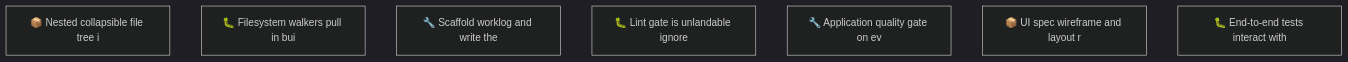
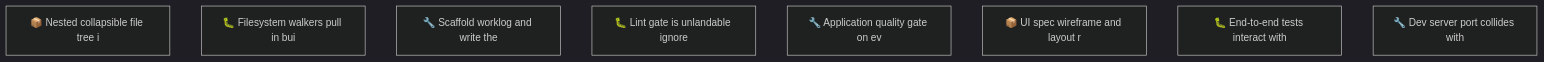
Before and after one commit to SpillwaveSolutions/okf-forge: the second of 2 diagrams in docs/roadmap.md, drawn with Mermaid (dark theme). The commit also changed other lines of this file and 16 other files, not shown here.

````diff
--- a/docs/roadmap.md
+++ b/docs/roadmap.md
@@ -73,10 +76,11 @@
 ```mermaid
 graph TD
     01KYZ24K4MKBE0VN4YAZ84V221["📦 Nested collapsible file tree i"]
     01KYZ24K90F9SS04CRSJRB65R4["🐛 Filesystem walkers pull in bui"]
     01KYZ27EFFB9MG32Y3YVFHRTND["🔧 Scaffold worklog and write the"]
     01KYZ8TZY5GARKJKNC5NC1PE75["🐛 Lint gate is unlandable ignore"]
     01KYZ8V02N7W42QKDHYFK9ZS70["🔧 Application quality gate on ev"]
     01KYZ97ESCXSAG4KFAESST84QT["📦 UI spec wireframe and layout r"]
     01KYZ9TRM50FCMFFZDVW2VZ2CC["🐛 End-to-end tests interact with"]
+    01KYZF04XQY6T771RDTCZQRWSY["🔧 Dev server port collides with"]
 ```
````
